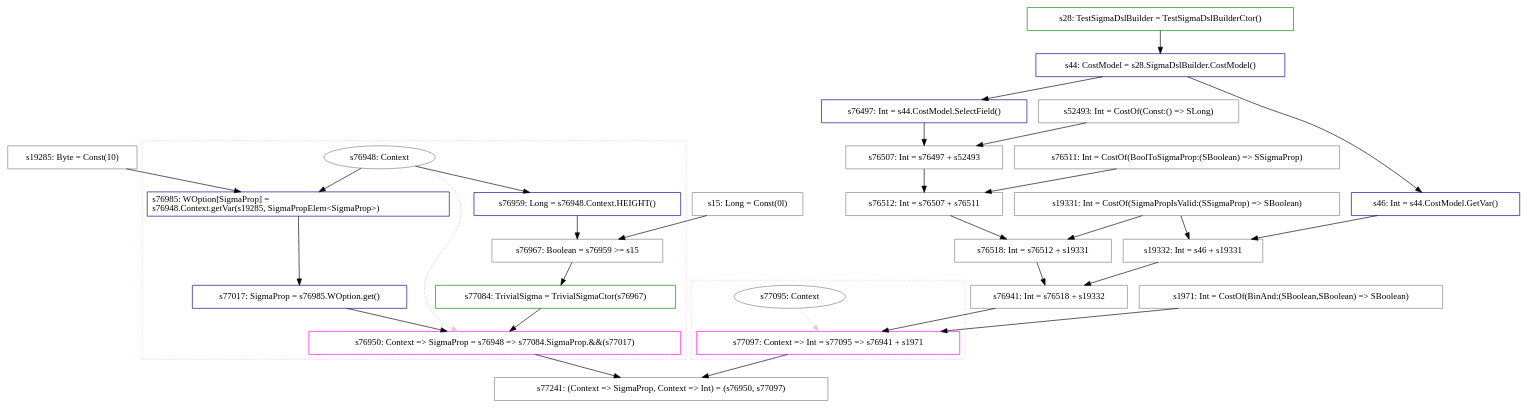
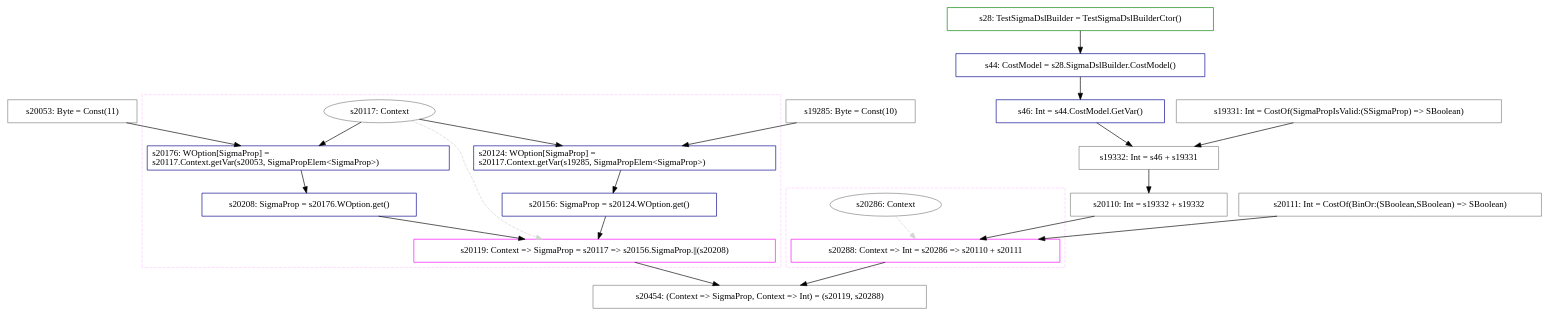
One commit to ScorexFoundation/sigmastate-interpreter changed the diagram in test-out/sigmastate/utxo/BasicOpsSpecification/Relation_operations/prop2.dot. Above: the diagram before and after it, drawn with Graphviz. The commit also changed 2 other files, not shown here.

```diff
--- a/test-out/sigmastate/utxo/BasicOpsSpecification/Relation_operations/prop2.dot
+++ b/test-out/sigmastate/utxo/BasicOpsSpecification/Relation_operations/prop2.dot
@@ -1,143 +1,107 @@
-digraph "prop2" {
+digraph "Prop2" {
 concentrate=true
 node [style=filled, fillcolor=orangered]
 
+"s20053" [
+label="s20053: Byte = Const(11)"
+shape=box, color=gray, tooltip="s20053:Byte", style=filled, fillcolor=white
+]
 "s19285" [
 label="s19285: Byte = Const(10)"
 shape=box, color=gray, tooltip="s19285:Byte", style=filled, fillcolor=white
 ]
-"s15" [
-label="s15: Long = Const(0l)"
-shape=box, color=gray, tooltip="s15:Long", style=filled, fillcolor=white
+subgraph cluster_s20119 {
+style=dashed; color="#FFCCFF"
+"s20117" [
+label="s20117: Context"
+shape=oval, color=gray, tooltip="s20117:Context", style=filled, fillcolor=white
 ]
-subgraph cluster_s76950 {
-style=dashed; color="#FFCCFF"
-"s76948" [
-label="s76948: Context"
-shape=oval, color=gray, tooltip="s76948:Context", style=filled, fillcolor=white
+"s20119" [
+label="s20119: Context => SigmaProp = s20117 => s20156.SigmaProp.||(s20208)"
+shape=box, color=magenta, tooltip="s20119:Context => SigmaProp", style=filled, fillcolor=white
 ]
-"s76950" [
-label="s76950: Context => SigmaProp = s76948 => s77084.SigmaProp.&&(s77017)"
-shape=box, color=magenta, tooltip="s76950:Context => SigmaProp", style=filled, fillcolor=white
+{rank=source; s20117}
+"s20124" [
+label="s20124: WOption[SigmaProp] =\ls20117.Context.getVar(s19285, SigmaPropElem<SigmaProp>)\l"
+shape=box, color=darkblue, tooltip="s20124:WOption[SigmaProp]", style=filled, fillcolor=white
 ]
-{rank=source; s76948}
-"s76959" [
-label="s76959: Long = s76948.Context.HEIGHT()"
-shape=box, color=darkblue, tooltip="s76959:Long", style=filled, fillcolor=white
+"s20156" [
+label="s20156: SigmaProp = s20124.WOption.get()"
+shape=box, color=darkblue, tooltip="s20156:SigmaProp", style=filled, fillcolor=white
 ]
-"s76967" [
-label="s76967: Boolean = s76959 >= s15"
-shape=box, color=gray, tooltip="s76967:Boolean", style=filled, fillcolor=white
+"s20176" [
+label="s20176: WOption[SigmaProp] =\ls20117.Context.getVar(s20053, SigmaPropElem<SigmaProp>)\l"
+shape=box, color=darkblue, tooltip="s20176:WOption[SigmaProp]", style=filled, fillcolor=white
 ]
-"s77084" [
-label="s77084: TrivialSigma = TrivialSigmaCtor(s76967)"
-shape=box, color=green, tooltip="s77084:TrivialSigma", style=filled, fillcolor=white
+"s20208" [
+label="s20208: SigmaProp = s20176.WOption.get()"
+shape=box, color=darkblue, tooltip="s20208:SigmaProp", style=filled, fillcolor=white
 ]
-"s76985" [
-label="s76985: WOption[SigmaProp] =\ls76948.Context.getVar(s19285, SigmaPropElem<SigmaProp>)\l"
-shape=box, color=darkblue, tooltip="s76985:WOption[SigmaProp]", style=filled, fillcolor=white
-]
-"s77017" [
-label="s77017: SigmaProp = s76985.WOption.get()"
-shape=box, color=darkblue, tooltip="s77017:SigmaProp", style=filled, fillcolor=white
-]
-{rank=sink; s76950}
+{rank=sink; s20119}
 }
 "s28" [
 label="s28: TestSigmaDslBuilder = TestSigmaDslBuilderCtor()"
 shape=box, color=green, tooltip="s28:TestSigmaDslBuilder", style=filled, fillcolor=white
 ]
 "s44" [
 label="s44: CostModel = s28.SigmaDslBuilder.CostModel()"
 shape=box, color=darkblue, tooltip="s44:CostModel", style=filled, fillcolor=white
 ]
-"s76497" [
-label="s76497: Int = s44.CostModel.SelectField()"
-shape=box, color=darkblue, tooltip="s76497:Int", style=filled, fillcolor=white
-]
-"s52493" [
-label="s52493: Int = CostOf(Const:() => SLong)"
-shape=box, color=gray, tooltip="s52493:Int", style=filled, fillcolor=white
-]
-"s76507" [
-label="s76507: Int = s76497 + s52493"
-shape=box, color=gray, tooltip="s76507:Int", style=filled, fillcolor=white
-]
-"s76511" [
-label="s76511: Int = CostOf(BoolToSigmaProp:(SBoolean) => SSigmaProp)"
-shape=box, color=gray, tooltip="s76511:Int", style=filled, fillcolor=white
-]
-"s76512" [
-label="s76512: Int = s76507 + s76511"
-shape=box, color=gray, tooltip="s76512:Int", style=filled, fillcolor=white
+"s46" [
+label="s46: Int = s44.CostModel.GetVar()"
+shape=box, color=darkblue, tooltip="s46:Int", style=filled, fillcolor=white
 ]
 "s19331" [
 label="s19331: Int = CostOf(SigmaPropIsValid:(SSigmaProp) => SBoolean)"
 shape=box, color=gray, tooltip="s19331:Int", style=filled, fillcolor=white
 ]
-"s76518" [
-label="s76518: Int = s76512 + s19331"
-shape=box, color=gray, tooltip="s76518:Int", style=filled, fillcolor=white
-]
-"s46" [
-label="s46: Int = s44.CostModel.GetVar()"
-shape=box, color=darkblue, tooltip="s46:Int", style=filled, fillcolor=white
-]
 "s19332" [
 label="s19332: Int = s46 + s19331"
 shape=box, color=gray, tooltip="s19332:Int", style=filled, fillcolor=white
 ]
-"s76941" [
-label="s76941: Int = s76518 + s19332"
-shape=box, color=gray, tooltip="s76941:Int", style=filled, fillcolor=white
+"s20110" [
+label="s20110: Int = s19332 + s19332"
+shape=box, color=gray, tooltip="s20110:Int", style=filled, fillcolor=white
 ]
-"s1971" [
-label="s1971: Int = CostOf(BinAnd:(SBoolean,SBoolean) => SBoolean)"
-shape=box, color=gray, tooltip="s1971:Int", style=filled, fillcolor=white
+"s20111" [
+label="s20111: Int = CostOf(BinOr:(SBoolean,SBoolean) => SBoolean)"
+shape=box, color=gray, tooltip="s20111:Int", style=filled, fillcolor=white
 ]
-subgraph cluster_s77097 {
+subgraph cluster_s20288 {
 style=dashed; color="#FFCCFF"
-"s77095" [
-label="s77095: Context"
-shape=oval, color=gray, tooltip="s77095:Context", style=filled, fillcolor=white
+"s20286" [
+label="s20286: Context"
+shape=oval, color=gray, tooltip="s20286:Context", style=filled, fillcolor=white
 ]
-"s77097" [
-label="s77097: Context => Int = s77095 => s76941 + s1971"
-shape=box, color=magenta, tooltip="s77097:Context => Int", style=filled, fillcolor=white
+"s20288" [
+label="s20288: Context => Int = s20286 => s20110 + s20111"
+shape=box, color=magenta, tooltip="s20288:Context => Int", style=filled, fillcolor=white
 ]
-{rank=source; s77095}
-{rank=sink; s77097}
+{rank=source; s20286}
+{rank=sink; s20288}
 }
-"s77241" [
-label="s77241: (Context => SigmaProp, Context => Int) = (s76950, s77097)"
-shape=box, color=gray, tooltip="s77241:(Context => SigmaProp, Context => Int)", style=filled, fillcolor=white
+"s20454" [
+label="s20454: (Context => SigmaProp, Context => Int) = (s20119, s20288)"
+shape=box, color=gray, tooltip="s20454:(Context => SigmaProp, Context => Int)", style=filled, fillcolor=white
 ]
-"s77095" -> "s77097" [style=dashed, color=lightgray, weight=0]
-"s76941" -> "s77097" [style=solid]
-"s1971" -> "s77097" [style=solid]
-"s76985" -> "s77017" [style=solid]
-"s76512" -> "s76518" [style=solid]
-"s19331" -> "s76518" [style=solid]
-"s76959" -> "s76967" [style=solid]
-"s15" -> "s76967" [style=solid]
-"s76518" -> "s76941" [style=solid]
-"s19332" -> "s76941" [style=solid]
-"s76948" -> "s76985" [style=solid]
-"s19285" -> "s76985" [style=solid]
+"s20117" -> "s20124" [style=solid]
+"s19285" -> "s20124" [style=solid]
 "s44" -> "s46" [style=solid]
-"s76950" -> "s77241" [style=solid]
-"s77097" -> "s77241" [style=solid]
-"s44" -> "s76497" [style=solid]
-"s76507" -> "s76512" [style=solid]
-"s76511" -> "s76512" [style=solid]
-"s76497" -> "s76507" [style=solid]
-"s52493" -> "s76507" [style=solid]
+"s20124" -> "s20156" [style=solid]
 "s46" -> "s19332" [style=solid]
 "s19331" -> "s19332" [style=solid]
-"s76967" -> "s77084" [style=solid]
+"s20119" -> "s20454" [style=solid]
+"s20288" -> "s20454" [style=solid]
+"s20286" -> "s20288" [style=dashed, color=lightgray, weight=0]
+"s20110" -> "s20288" [style=solid]
+"s20111" -> "s20288" [style=solid]
 "s28" -> "s44" [style=solid]
-"s76948" -> "s76950" [style=dashed, color=lightgray, weight=0]
-"s77084" -> "s76950" [style=solid]
-"s77017" -> "s76950" [style=solid]
-"s76948" -> "s76959" [style=solid]
+"s20117" -> "s20119" [style=dashed, color=lightgray, weight=0]
+"s20156" -> "s20119" [style=solid]
+"s20208" -> "s20119" [style=solid]
+"s20117" -> "s20176" [style=solid]
+"s20053" -> "s20176" [style=solid]
+"s20176" -> "s20208" [style=solid]
+"s19332" -> "s20110" [style=solid]
+"s19332" -> "s20110" [style=solid]
 }
```
